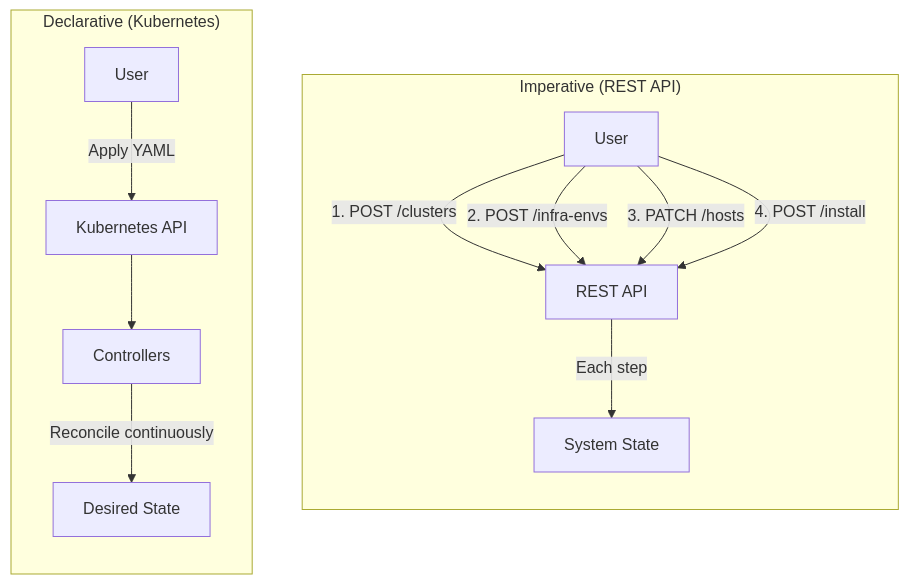
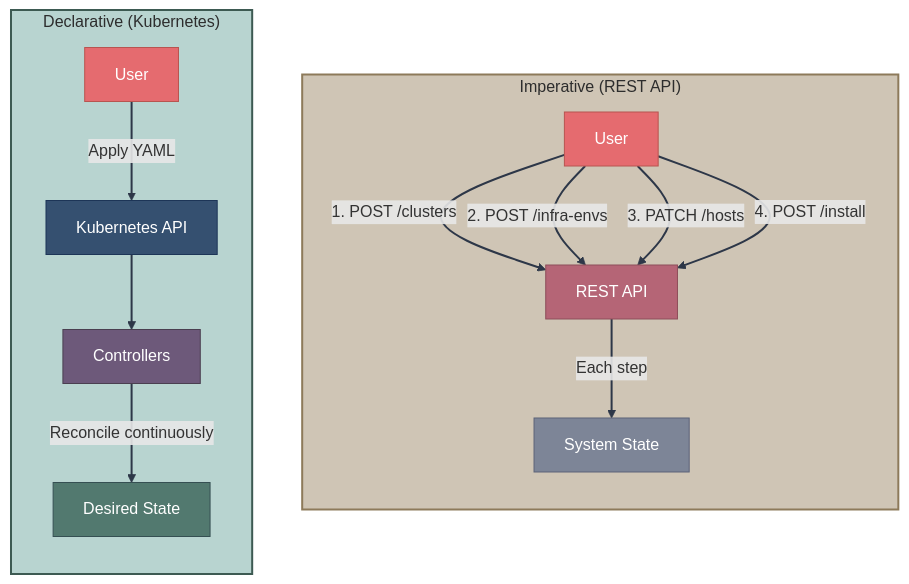
One commit to zszabo-rh/openshift-install-guide changed the third of 5 diagrams in 00-concepts-glossary.md. Above: the diagram before and after it, drawn with Mermaid. The commit also changed other lines of this file and 16 other files, not shown here.

Commit message:
improved diagram style

````diff
--- a/00-concepts-glossary.md
+++ b/00-concepts-glossary.md
@@ -115,18 +142,31 @@
 ```mermaid
 graph TB
-    subgraph "Imperative (REST API)"
+    subgraph imperative["Imperative (REST API)"]
         direction TB
         U1[User] -->|1. POST /clusters| API[REST API]
         U1 -->|2. POST /infra-envs| API
         U1 -->|3. PATCH /hosts| API
         U1 -->|4. POST /install| API
         API -->|Each step| STATE[System State]
     end
     
-    subgraph "Declarative (Kubernetes)"
+    subgraph declarative["Declarative (Kubernetes)"]
         direction TB
         U2[User] -->|Apply YAML| K8S[Kubernetes API]
         K8S --> CTRL[Controllers]
         CTRL -->|Reconcile continuously| STATE2[Desired State]
     end
+    
+    style U1 fill:#e56b6f,stroke:#b85450,color:#fff
+    style U2 fill:#e56b6f,stroke:#b85450,color:#fff
+    style API fill:#b56576,stroke:#8d4e5a,color:#fff
+    style K8S fill:#355070,stroke:#1d3557,color:#fff
+    style CTRL fill:#6d597a,stroke:#4a3f50,color:#fff
+    style STATE fill:#7d8597,stroke:#5c6378,color:#fff
+    style STATE2 fill:#52796f,stroke:#354f52,color:#fff
+    
+    style imperative fill:#cfc5b5,stroke:#8d7a5a,stroke-width:2px,color:#2d2d2d
+    style declarative fill:#b8d4d0,stroke:#3d5a52,stroke-width:2px,color:#2d2d2d
+    
+    linkStyle default stroke:#2d3748,stroke-width:2px
 ```
````
